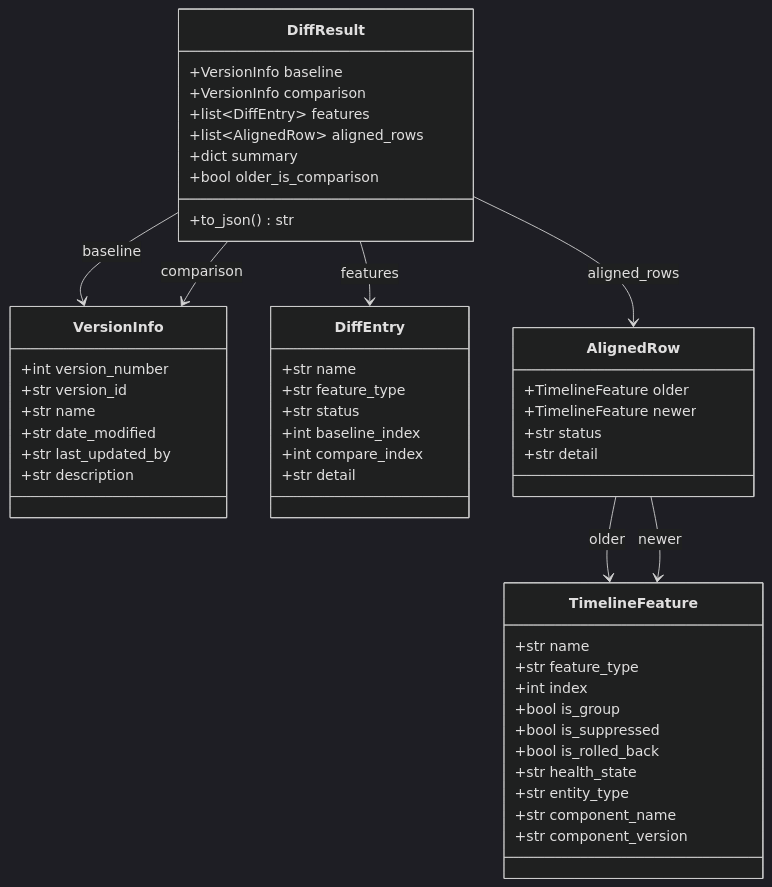
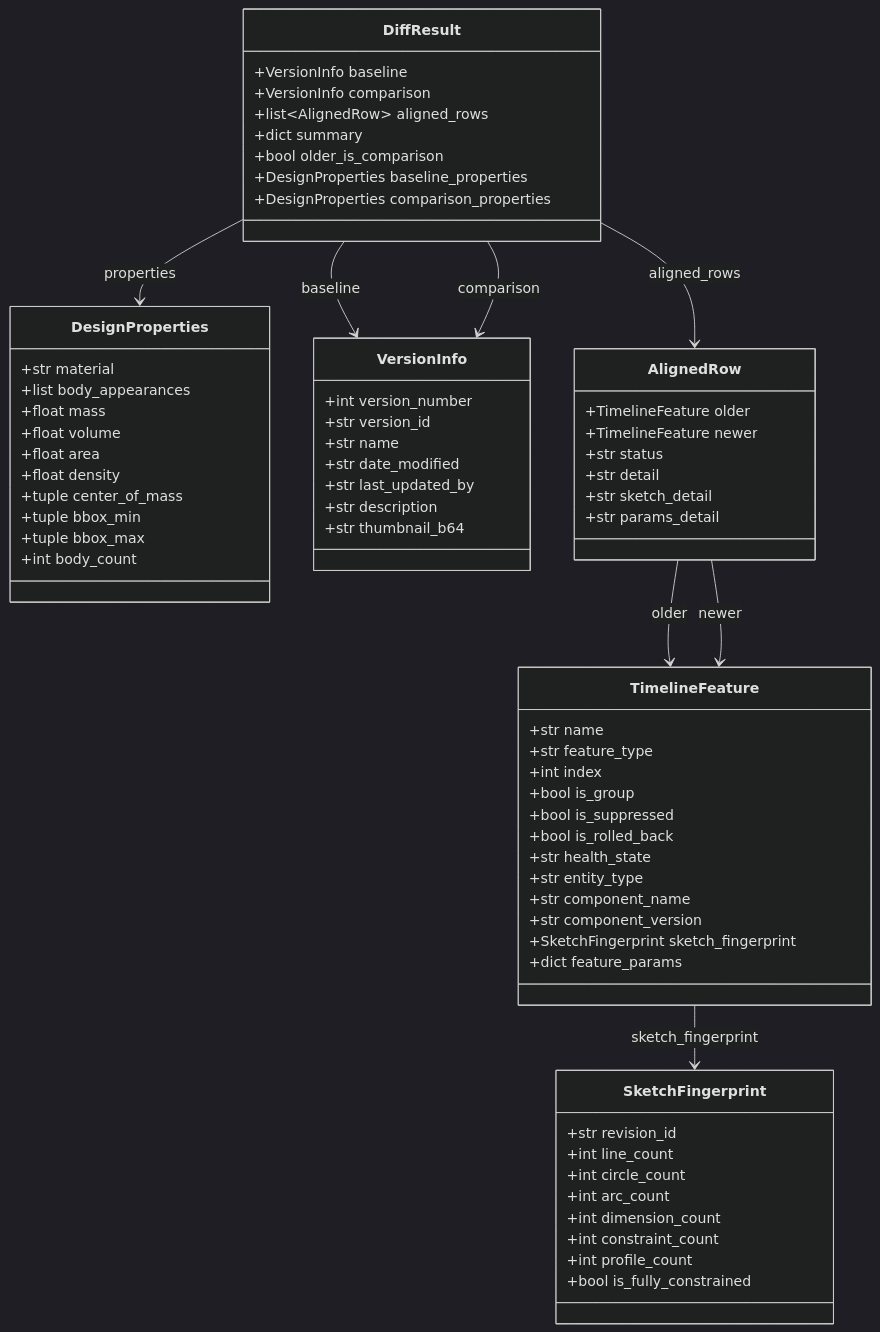
The fourth of 4 diagrams in docs/Version Diff.md (schneik80/PowerTools-Version-Diff), drawn with Mermaid (dark theme) before and after one commit. The commit also changed other lines of this file and 2 other files, not shown here.

First line of the commit message:
Add visual timeline overview, update documentation

````diff
--- a/docs/Version Diff.md
+++ b/docs/Version Diff.md
@@ -190,57 +213,78 @@
 ```mermaid
 classDiagram
     class TimelineFeature {
         +str name
         +str feature_type
         +int index
         +bool is_group
         +bool is_suppressed
         +bool is_rolled_back
         +str health_state
         +str entity_type
         +str component_name
         +str component_version
+        +SketchFingerprint sketch_fingerprint
+        +dict feature_params
+    }
+
+    class SketchFingerprint {
+        +str revision_id
+        +int line_count
+        +int circle_count
+        +int arc_count
+        +int dimension_count
+        +int constraint_count
+        +int profile_count
+        +bool is_fully_constrained
+    }
+
+    class DesignProperties {
+        +str material
+        +list body_appearances
+        +float mass
+        +float volume
+        +float area
+        +float density
+        +tuple center_of_mass
+        +tuple bbox_min
+        +tuple bbox_max
+        +int body_count
     }
 
     class VersionInfo {
         +int version_number
         +str version_id
         +str name
         +str date_modified
         +str last_updated_by
         +str description
-    }
-
-    class DiffEntry {
-        +str name
-        +str feature_type
-        +str status
-        +int baseline_index
-        +int compare_index
-        +str detail
+        +str thumbnail_b64
     }
 
     class AlignedRow {
         +TimelineFeature older
         +TimelineFeature newer
         +str status
         +str detail
+        +str sketch_detail
+        +str params_detail
     }
 
     class DiffResult {
         +VersionInfo baseline
         +VersionInfo comparison
-        +list~DiffEntry~ features
         +list~AlignedRow~ aligned_rows
         +dict summary
         +bool older_is_comparison
-        +to_json() str
+        +DesignProperties baseline_properties
+        +DesignProperties comparison_properties
     }
 
     DiffResult --> VersionInfo : baseline
     DiffResult --> VersionInfo : comparison
-    DiffResult --> DiffEntry : features
     DiffResult --> AlignedRow : aligned_rows
+    DiffResult --> DesignProperties : properties
     AlignedRow --> TimelineFeature : older
     AlignedRow --> TimelineFeature : newer
+    TimelineFeature --> SketchFingerprint : sketch_fingerprint
 ```
````
